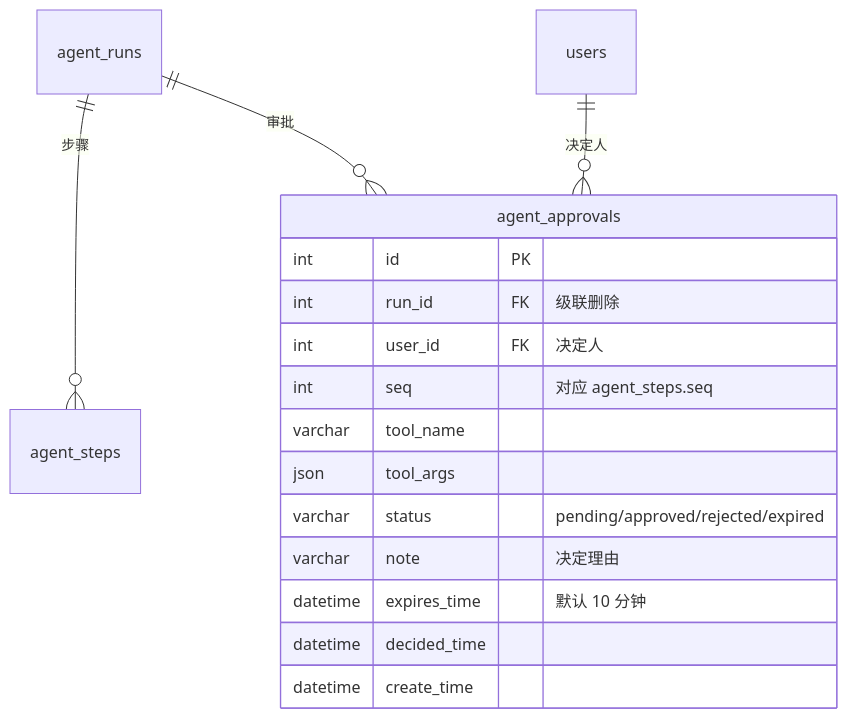
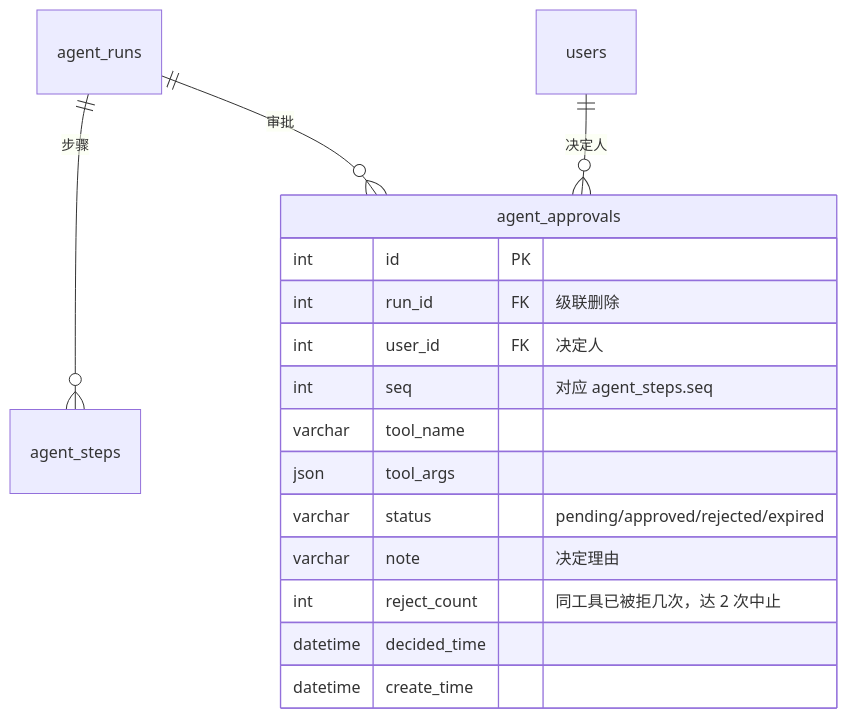
Before and after one commit to calix-cui/my-learning: the diagram in docs/tools.md, drawn with Mermaid. The commit also changed other lines of this file and 15 other files, not shown here.

````diff
--- a/docs/tools.md
+++ b/docs/tools.md
@@ -145,20 +146,20 @@
 ```mermaid
 erDiagram
     agent_runs ||--o{ agent_steps : "步骤"
     agent_runs ||--o{ agent_approvals : "审批"
     users ||--o{ agent_approvals : "决定人"
 
     agent_approvals {
         int id PK
         int run_id FK "级联删除"
         int user_id FK "决定人"
         int seq "对应 agent_steps.seq"
         varchar tool_name
         json tool_args
         varchar status "pending/approved/rejected/expired"
         varchar note "决定理由"
-        datetime expires_time "默认 10 分钟"
+        int reject_count "同工具已被拒几次，达 2 次中止"
         datetime decided_time
         datetime create_time
     }
 ```
````
